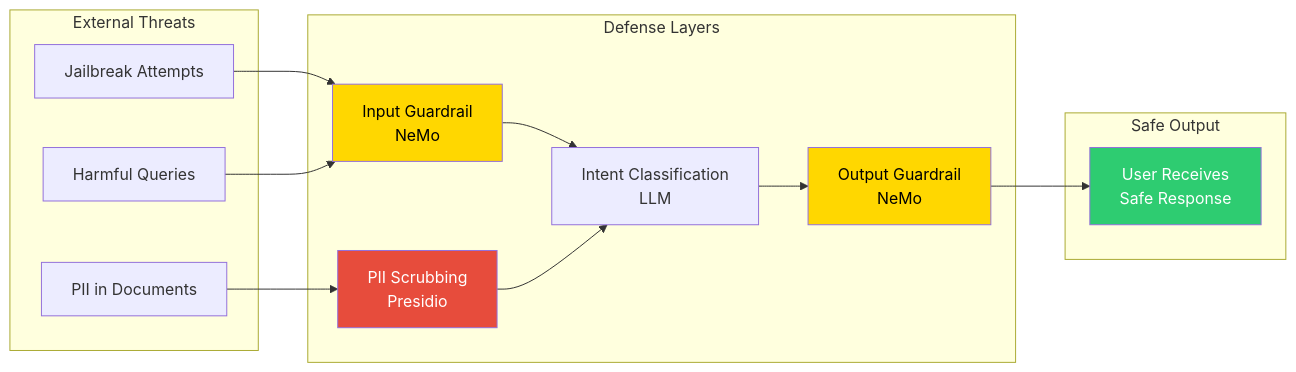
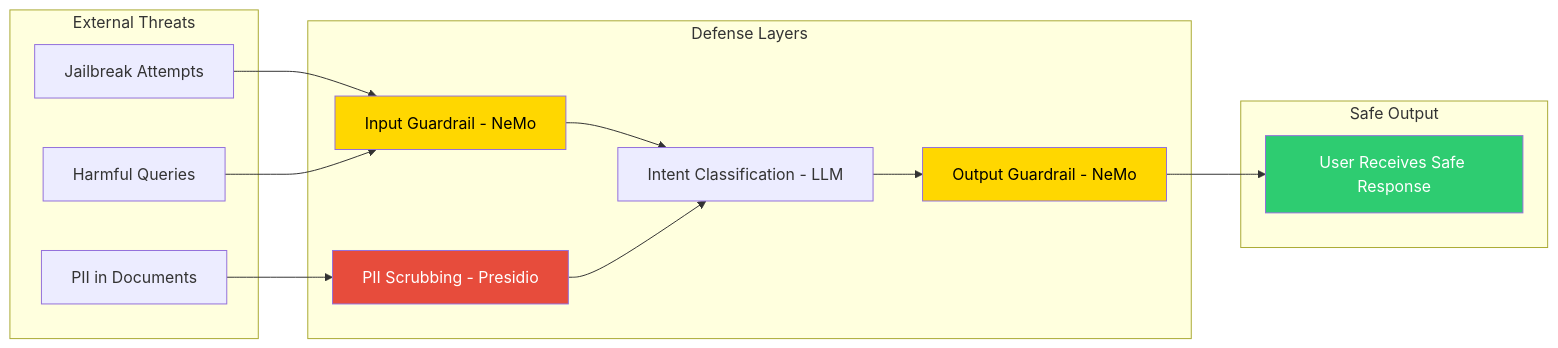
Before and after one commit to Tpg1993/text2sqlagent: diagram 12 of 12 in documentation/ARCHITECTURE_DIAGRAMS.md, drawn with Mermaid. The commit also changed other lines of this file and 2 other files, not shown here.

````diff
--- a/documentation/ARCHITECTURE_DIAGRAMS.md
+++ b/documentation/ARCHITECTURE_DIAGRAMS.md
@@ -408,34 +439,39 @@
 ```mermaid
 graph LR
     subgraph External["External Threats"]
         Jailbreak[Jailbreak Attempts]
         Harmful[Harmful Queries]
         PII[PII in Documents]
     end
     
     subgraph Defense["Defense Layers"]
-        Layer1[Input Guardrail<br/>NeMo]
-        Layer2[Intent Classification<br/>LLM]
-        Layer3[PII Scrubbing<br/>Presidio]
-        Layer4[Output Guardrail<br/>NeMo]
+        Layer1["Input Guardrail - NeMo"]
+
+        Layer2["Intent Classification - LLM"]
+
+        Layer3["PII Scrubbing - Presidio"]
+
+        Layer4["Output Guardrail - NeMo"]
+
     end
     
     subgraph Safe["Safe Output"]
-        User[User Receives<br/>Safe Response]
+        User["User Receives Safe Response"]
+
     end
     
     Jailbreak --> Layer1
     Harmful --> Layer1
     Layer1 --> Layer2
     
     PII --> Layer3
     Layer3 --> Layer2
     
     Layer2 --> Layer4
     Layer4 --> User
     
     style Layer1 fill:#FFD700,color:#000
     style Layer3 fill:#E74C3C,color:#fff
     style Layer4 fill:#FFD700,color:#000
     style User fill:#2ECC71,color:#fff
 ```
````
